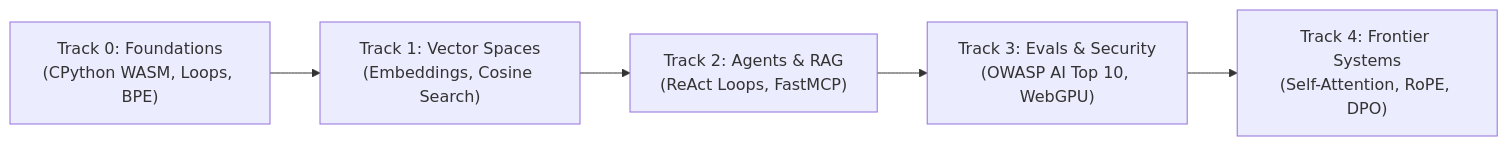
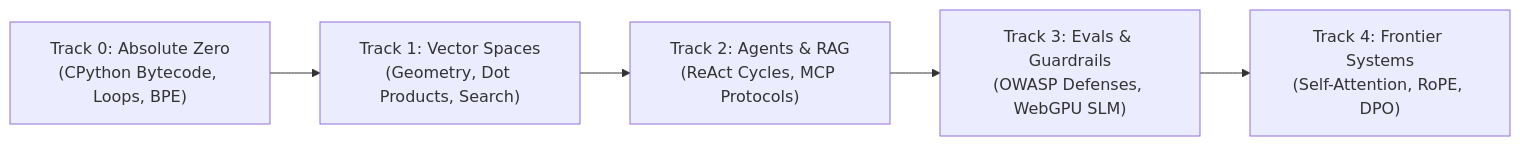
Before and after one commit to Adilrafiq001/OpenGuideForAI: the diagram in explainer.md, drawn with Mermaid. The commit also changed other lines of this file and 1 other file, not shown here.

````diff
--- a/explainer.md
+++ b/explainer.md
@@ -139,10 +292,10 @@
 ```mermaid
 graph LR
-    T0["Track 0: Foundations<br/>(CPython WASM, Loops, BPE)"]
-    T1["Track 1: Vector Spaces<br/>(Embeddings, Cosine Search)"]
-    T2["Track 2: Agents & RAG<br/>(ReAct Loops, FastMCP)"]
-    T3["Track 3: Evals & Security<br/>(OWASP AI Top 10, WebGPU)"]
+    T0["Track 0: Absolute Zero<br/>(CPython Bytecode, Loops, BPE)"]
+    T1["Track 1: Vector Spaces<br/>(Geometry, Dot Products, Search)"]
+    T2["Track 2: Agents & RAG<br/>(ReAct Cycles, MCP Protocols)"]
+    T3["Track 3: Evals & Guardrails<br/>(OWASP Defenses, WebGPU SLM)"]
     T4["Track 4: Frontier Systems<br/>(Self-Attention, RoPE, DPO)"]
 
     T0 --> T1 --> T2 --> T3 --> T4
 ```
````
